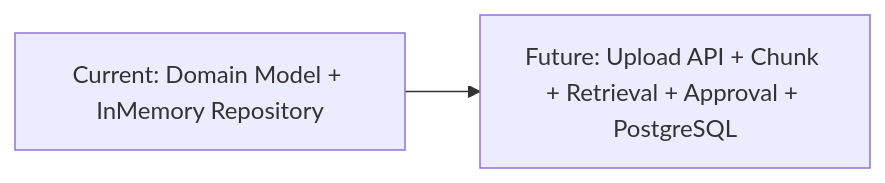
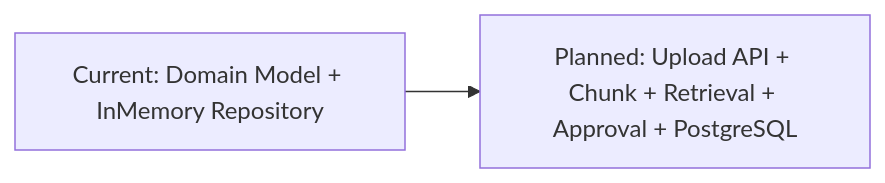
The eighth of 8 diagrams in ai-lab/ai-learn/retail-insight-ai/docs/ai-agent-retail-handbook-v3/09_系统设计书.md (kurekako2017/vscode_study), drawn with Mermaid before and after one commit. The commit also changed other lines of this file and 6 other files, not shown here.

````diff
--- a/ai-lab/ai-learn/retail-insight-ai/docs/ai-agent-retail-handbook-v3/09_系统设计书.md
+++ b/ai-lab/ai-learn/retail-insight-ai/docs/ai-agent-retail-handbook-v3/09_系统设计书.md
@@ -293,4 +849,4 @@
 ```mermaid
 flowchart LR
-    C[Current: Domain Model + InMemory Repository] --> F[Future: Upload API + Chunk + Retrieval + Approval + PostgreSQL]
+    C[Current: Domain Model + InMemory Repository] --> F[Planned: Upload API + Chunk + Retrieval + Approval + PostgreSQL]
 ```
````
